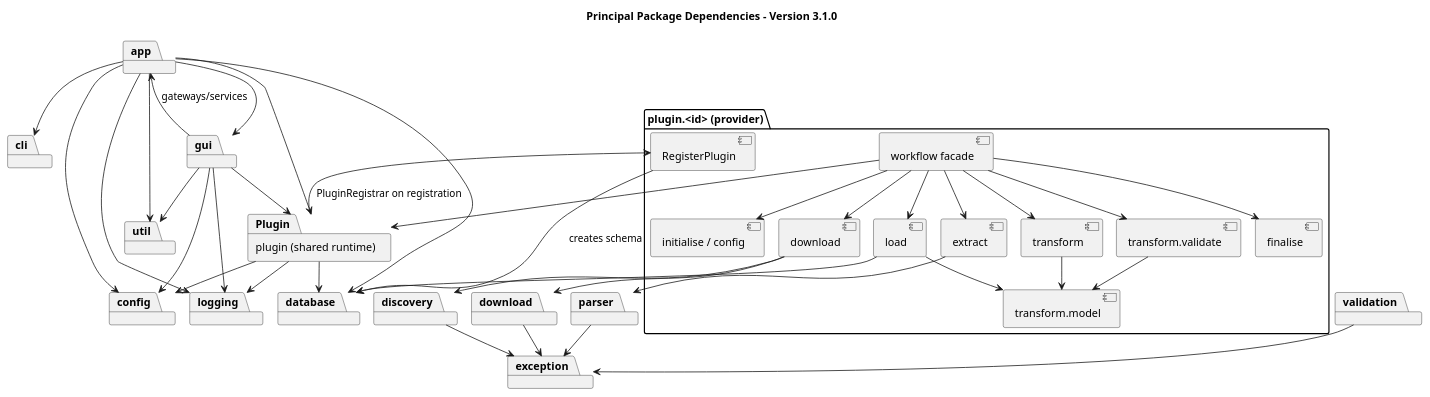
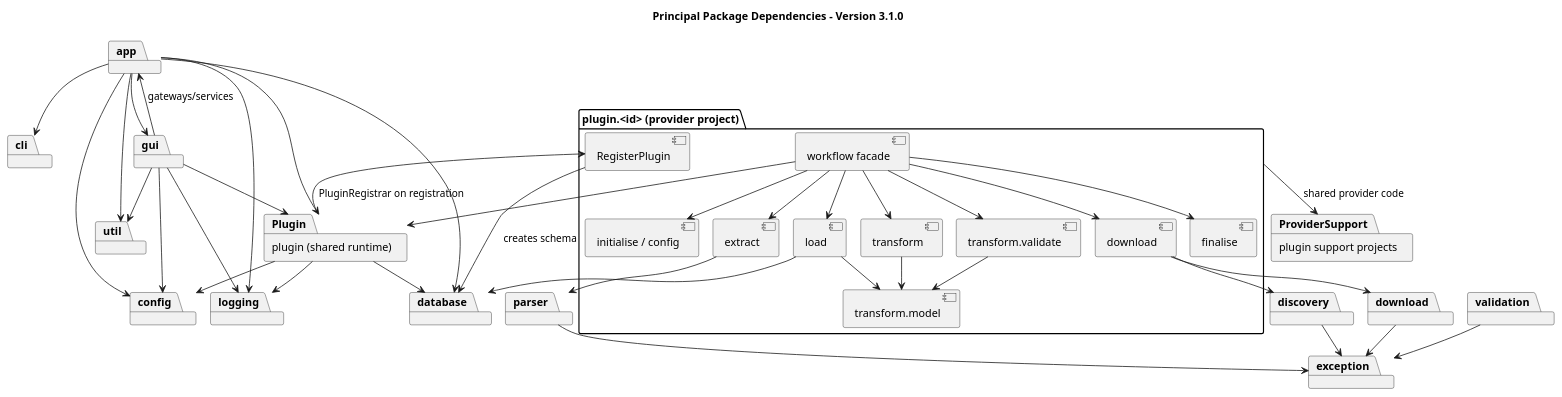
Before and after one commit to TerryCurranZellis/OpenData: the diagram in docs/diagrams/source/package-dependencies.puml, drawn with PlantUML. The commit also changed 58 other files, not shown here.

Commit message:
Add provider project reactor

```diff
--- a/docs/diagrams/source/package-dependencies.puml
+++ b/docs/diagrams/source/package-dependencies.puml
@@ -1,70 +1,72 @@
 @startuml
 !pragma layout smetana
 title Principal Package Dependencies - Version 3.1.0
 top to bottom direction
 
 package app
 package cli
 package gui
 package config
 package "plugin (shared runtime)" as Plugin
 
-package "plugin.<id> (provider)" as Provider {
+package "plugin.<id> (provider project)" as Provider {
   [workflow facade] as Facade
   [RegisterPlugin] as ProviderRegister
   [initialise / config] as ProviderConfig
   [download] as ProviderDownload
   [extract] as ProviderExtract
   [transform] as ProviderTransform
   [transform.model] as ProviderModel
   [transform.validate] as ProviderValidate
   [load] as ProviderLoad
   [finalise] as ProviderFinalise
 }
 
 package discovery
 package download
 package parser
 package validation
 package database
 package logging
 package exception
 package util
+package "plugin support projects" as ProviderSupport
 
 app --> cli
 app --> gui
 app --> config
 app --> Plugin
 app --> database
 app --> logging
 gui --> app : gateways/services
 gui --> config
 gui --> Plugin
 gui --> logging
 Plugin --> config
 Plugin --> database
 Plugin --> logging
 Facade --> Plugin
 Facade --> ProviderConfig
 Facade --> ProviderFinalise
 Plugin --> ProviderRegister : PluginRegistrar on registration
 ProviderRegister --> database : creates schema
 Facade --> ProviderDownload
 Facade --> ProviderExtract
 Facade --> ProviderTransform
 Facade --> ProviderValidate
 Facade --> ProviderLoad
+Provider --> ProviderSupport : shared provider code
 ProviderDownload --> download
 ProviderDownload --> discovery
 ProviderExtract --> parser
 ProviderTransform --> ProviderModel
 ProviderValidate --> ProviderModel
 ProviderLoad --> ProviderModel
 ProviderLoad --> database
 discovery --> exception
 download --> exception
 parser --> exception
 validation --> exception
 app --> util
 gui --> util
 @enduml
```
